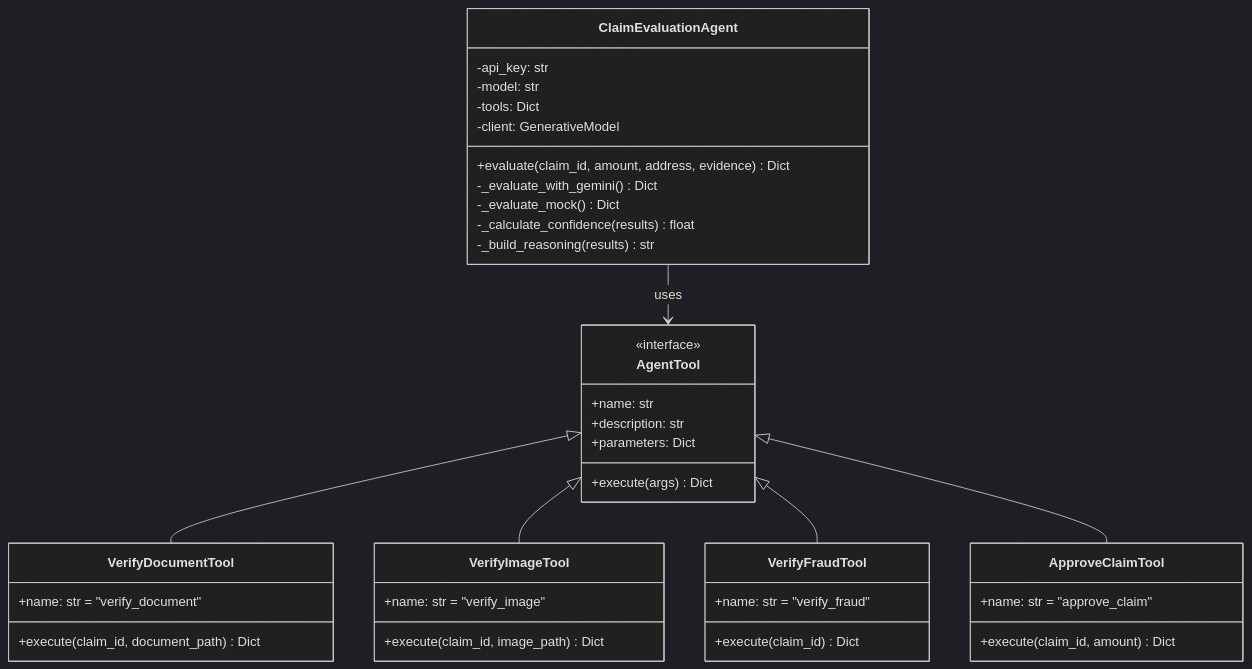
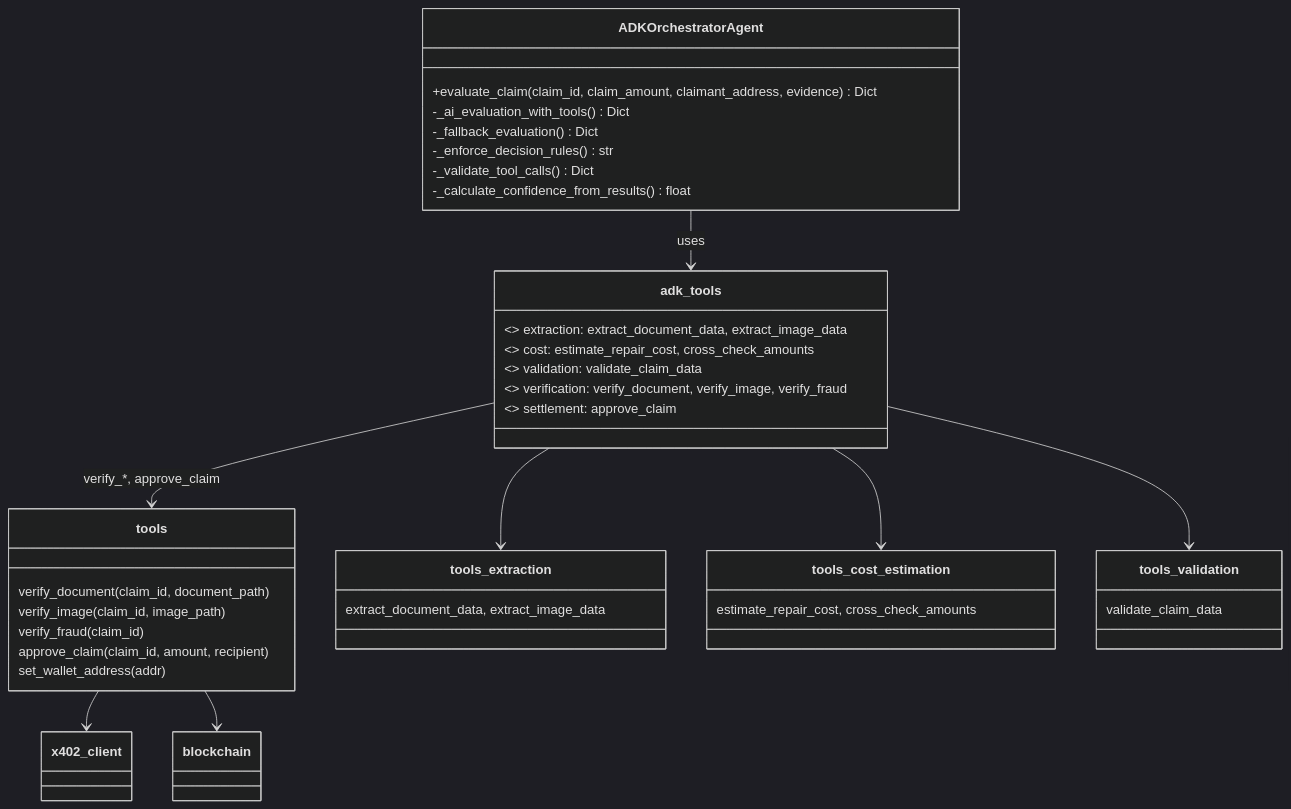
Before and after one commit to nevilshah235/claimledger: the fourth of 5 diagrams in docs/LLD.md, drawn with Mermaid (dark theme). The commit also changed other lines of this file and 2 other files, not shown here.

````diff
--- a/docs/LLD.md
+++ b/docs/LLD.md
@@ -754,48 +288,35 @@
 ```mermaid
 classDiagram
-    class ClaimEvaluationAgent {
-        -api_key: str
-        -model: str
-        -tools: Dict
-        -client: GenerativeModel
-        +evaluate(claim_id, amount, address, evidence) Dict
-        -_evaluate_with_gemini() Dict
-        -_evaluate_mock() Dict
-        -_calculate_confidence(results) float
-        -_build_reasoning(results) str
+    class ADKOrchestratorAgent {
+        +evaluate_claim(claim_id, claim_amount, claimant_address, evidence) Dict
+        -_ai_evaluation_with_tools() Dict
+        -_fallback_evaluation() Dict
+        -_enforce_decision_rules() str
+        -_validate_tool_calls() Dict
+        -_calculate_confidence_from_results() float
     }
-    
-    class AgentTool {
-        <<interface>>
-        +name: str
-        +description: str
-        +parameters: Dict
-        +execute(args) Dict
+    class adk_tools {
+        <<create_adk_tools>> extraction: extract_document_data, extract_image_data
+        <<create_adk_tools>> cost: estimate_repair_cost, cross_check_amounts
+        <<create_adk_tools>> validation: validate_claim_data
+        <<create_adk_tools>> verification: verify_document, verify_image, verify_fraud
+        <<create_adk_tools>> settlement: approve_claim
     }
-    
-    class VerifyDocumentTool {
-        +name: str = "verify_document"
-        +execute(claim_id, document_path) Dict
+    class tools {
+        verify_document(claim_id, document_path)
+        verify_image(claim_id, image_path)
+        verify_fraud(claim_id)
+        approve_claim(claim_id, amount, recipient)
+        set_wallet_address(addr)
     }
-    
-    class VerifyImageTool {
-        +name: str = "verify_image"
-        +execute(claim_id, image_path) Dict
-    }
-    
-    class VerifyFraudTool {
-        +name: str = "verify_fraud"
-        +execute(claim_id) Dict
-    }
-    
-    class ApproveClaimTool {
-        +name: str = "approve_claim"
-        +execute(claim_id, amount) Dict
-    }
-    
-    AgentTool <|-- VerifyDocumentTool
-    AgentTool <|-- VerifyImageTool
-    AgentTool <|-- VerifyFraudTool
-    AgentTool <|-- ApproveClaimTool
-    ClaimEvaluationAgent --> AgentTool : uses
+    class tools_extraction { extract_document_data, extract_image_data }
+    class tools_cost_estimation { estimate_repair_cost, cross_check_amounts }
+    class tools_validation { validate_claim_data }
+    ADKOrchestratorAgent --> adk_tools : uses
+    adk_tools --> tools : verify_*, approve_claim
+    adk_tools --> tools_extraction
+    adk_tools --> tools_cost_estimation
+    adk_tools --> tools_validation
+    tools --> x402_client
+    tools --> blockchain
 ```
````
